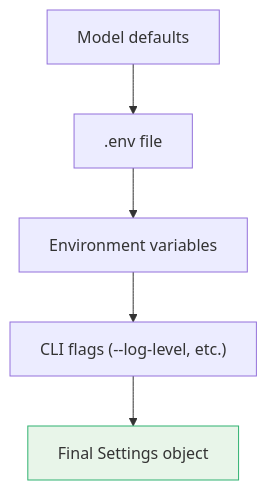
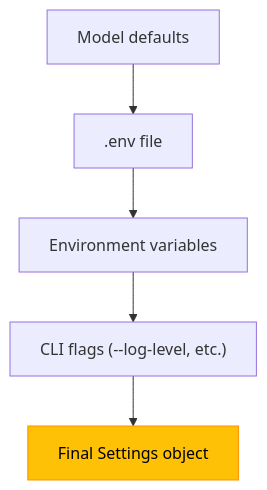
One commit to ff-fab/cosalette changed the diagram in docs/concepts/configuration.md. Above: the diagram before and after it, drawn with Mermaid. The commit also changed 9 other files, not shown here.

````diff
--- a/docs/concepts/configuration.md
+++ b/docs/concepts/configuration.md
@@ -19,9 +19,9 @@
 ```mermaid
 graph TB
     A["Model defaults"] --> B[".env file"]
     B --> C["Environment variables"]
     C --> D["CLI flags (--log-level, etc.)"]
     D --> E["Final Settings object"]
 
-    style E fill:#e8f5e9,stroke:#2FB170
+    style E fill:#FFC105,stroke:#FF9100,color:#000000
 ```
````
